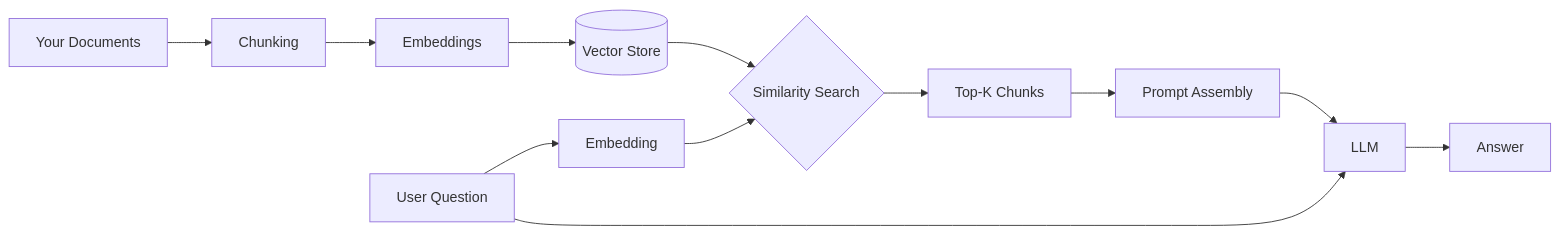
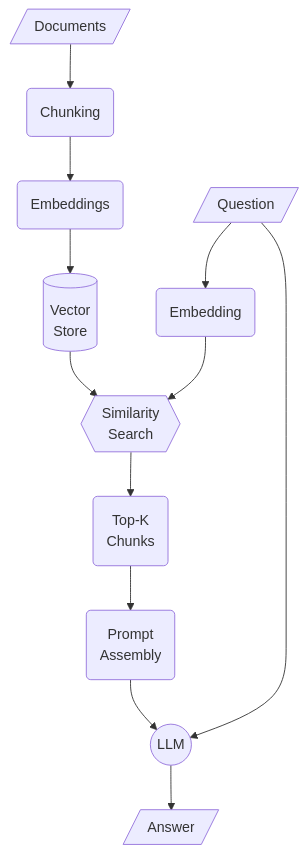
One commit to Eskaykaushik/DocNest changed the diagram in tutorials/rag.md. Above: the diagram before and after it, drawn with Mermaid. The commit also changed 36 other files, not shown here.

First line of the commit message:
feat: catalogue page, diagram kit, and AI-assisted coding track

````diff
--- a/tutorials/rag.md
+++ b/tutorials/rag.md
@@ -26,15 +26,15 @@
 ```mermaid
-graph LR
-    D[Your Documents] --> C[Chunking]
-    C --> E[Embeddings]
-    E --> V[(Vector Store)]
+graph TD
+    D[/Documents/] --> C(Chunking)
+    C --> E(Embeddings)
+    E --> V[(Vector<br/>Store)]
 
-    Q[User Question] --> QE[Embedding]
-    QE --> S{Similarity Search}
+    Q[/Question/] --> QE(Embedding)
+    QE --> S{{Similarity<br/>Search}}
     V --> S
-    S --> R[Top-K Chunks]
-    R --> P[Prompt Assembly]
-    P --> L[LLM]
-    L --> A[Answer]
+    S --> R(Top-K<br/>Chunks)
+    R --> P(Prompt<br/>Assembly)
+    P --> L((LLM))
+    L --> A[/Answer/]
     Q --> L
 ```
````
